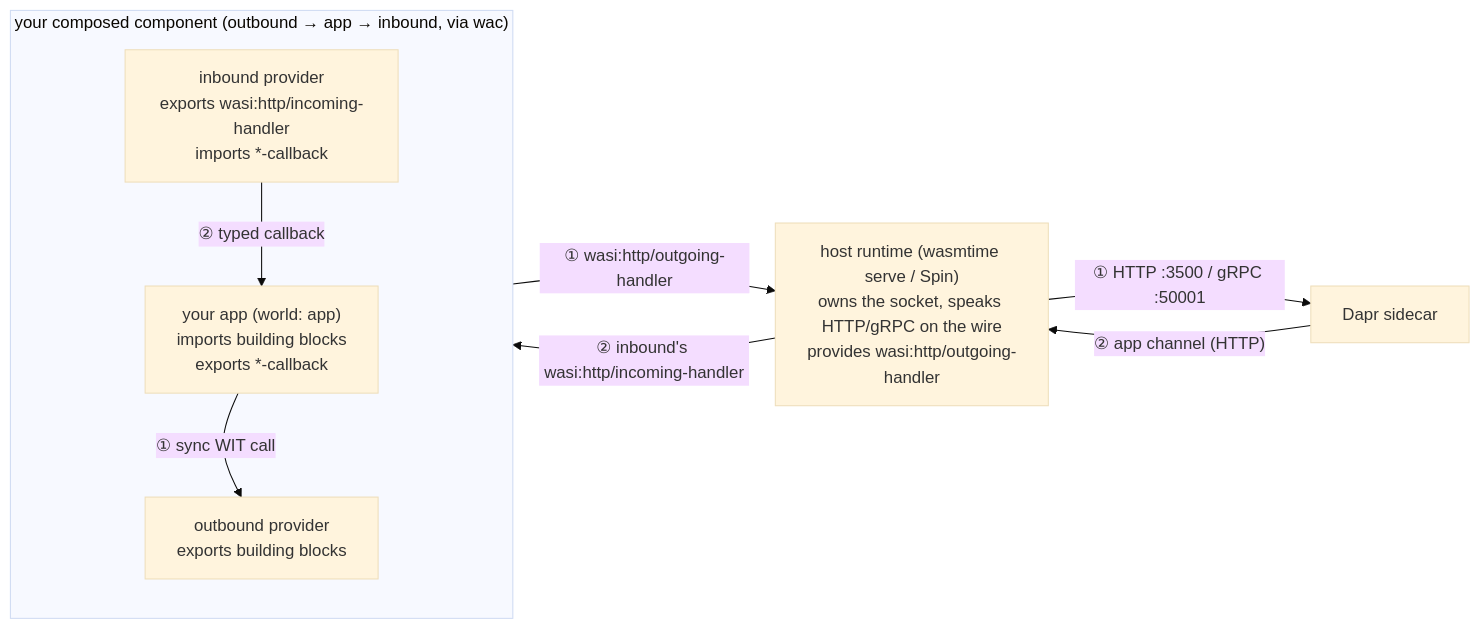
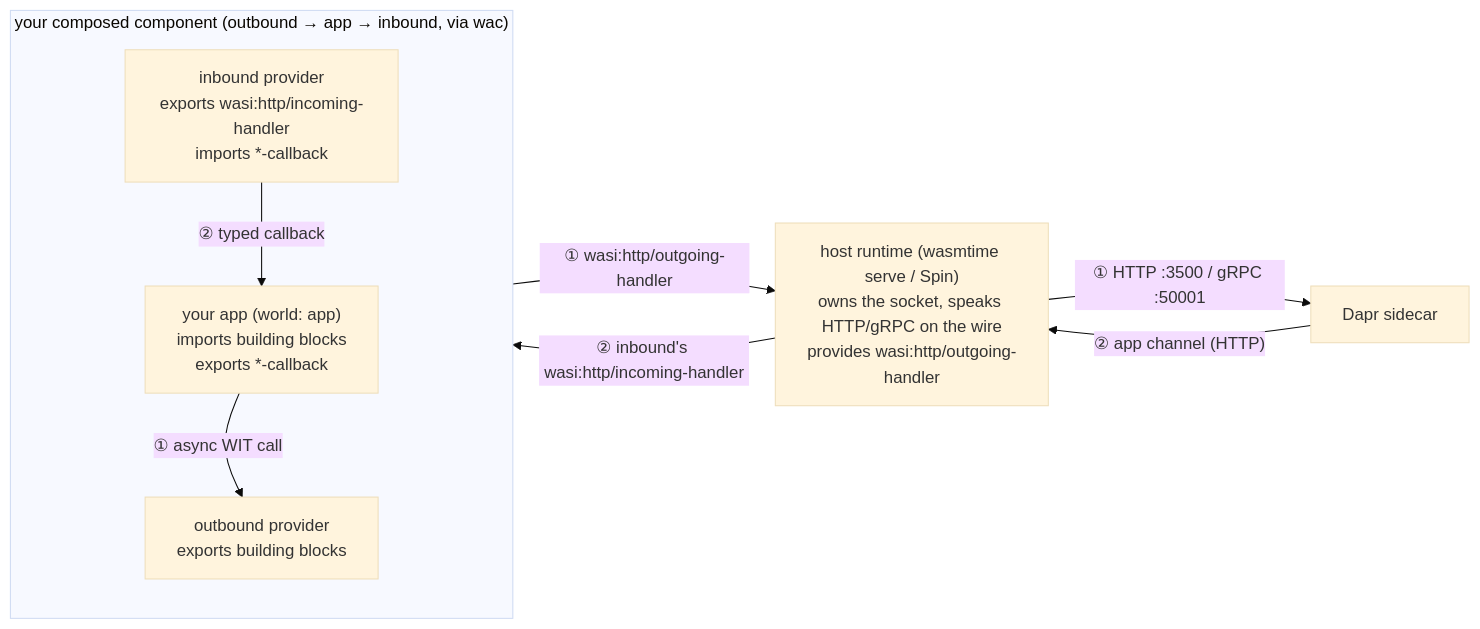
One commit to sideeffffect/dapr-wasm-components changed the first of 2 diagrams in README.md. Above: the diagram before and after it, drawn with Mermaid (base theme). The commit also changed other lines of this file and 98 other files, not shown here.

````diff
--- a/README.md
+++ b/README.md
@@ -103,24 +105,24 @@
 ```mermaid
 flowchart LR
     sidecar["Dapr sidecar"]
     host["host runtime (wasmtime serve / Spin)<br/>owns the socket, speaks HTTP/gRPC on the wire<br/>provides wasi:http/outgoing-handler"]
 
     subgraph composed["your composed component (outbound → app → inbound, via wac)"]
         direction TB
         inbound["inbound provider<br/>exports wasi:http/incoming-handler<br/>imports *-callback"]
         outbound["outbound provider<br/>exports building blocks"]
         app["your app (world: app)<br/>imports building blocks<br/>exports *-callback"]
     end
 
     %% invisible rank hints keep app rightmost; outbound on the bottom so the
     %% app→outbound back-edge dives into open space instead of crossing inbound
     host ~~~ outbound
     outbound ~~~ app
 
-    app -- "① sync WIT call" --> outbound
+    app -- "① async WIT call" --> outbound
     outbound -- "① wasi:http/outgoing-handler" --> host
     host -- "① HTTP :3500 / gRPC :50001" --> sidecar
     sidecar -- "② app channel (HTTP)" --> host
     host -- "② inbound's wasi:http/incoming-handler" --> inbound
     inbound -- "② typed callback" --> app
 ```
````
